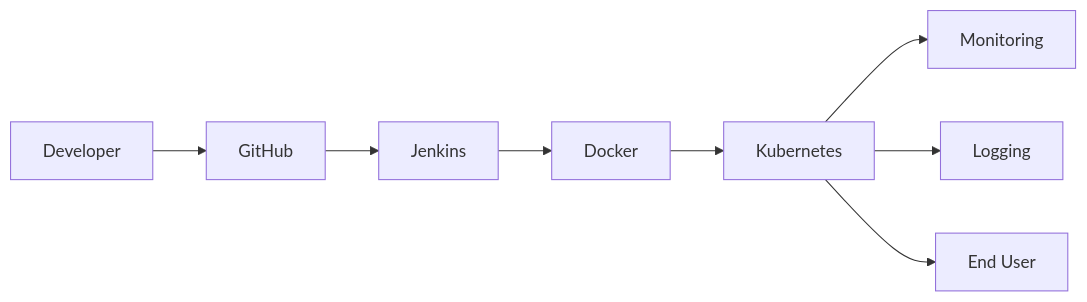
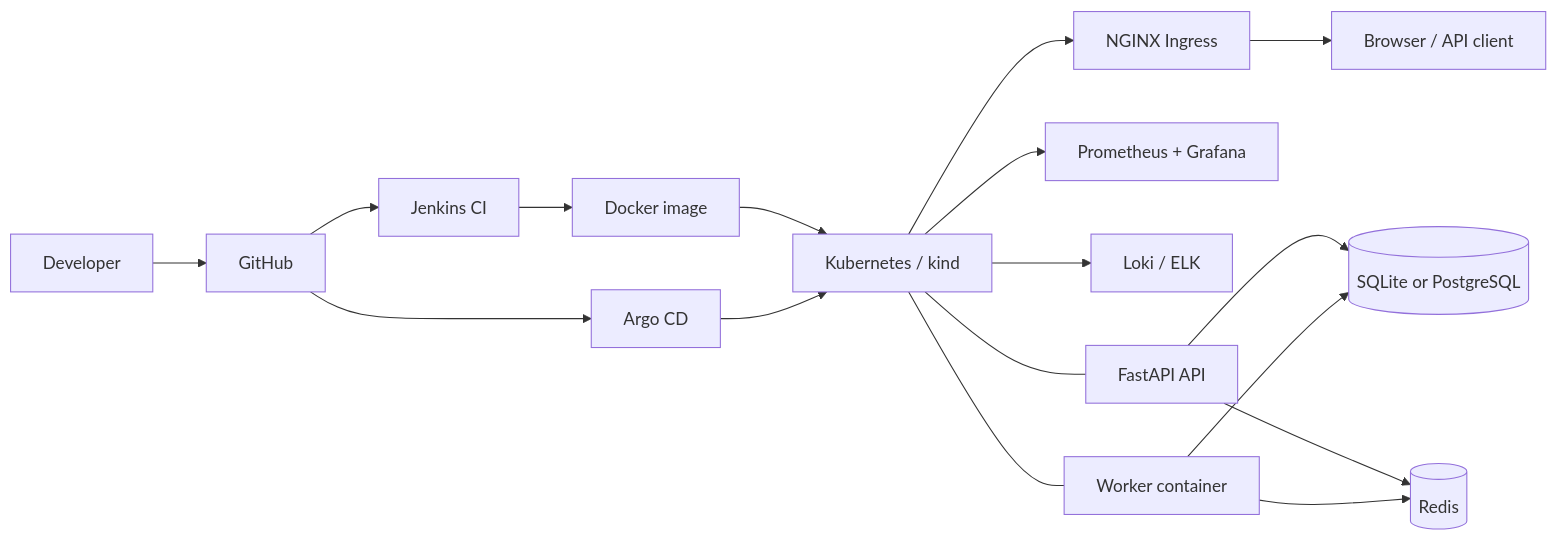
One commit to pyrosensei/Capstone_Devops changed the diagram in README.md. Above: the diagram before and after it, drawn with Mermaid. The commit also changed other lines of this file and 10 other files, not shown here.

````diff
--- a/README.md
+++ b/README.md
@@ -7,10 +28,19 @@
 ```mermaid
 flowchart LR
-  Developer --> GitHub
-  GitHub --> Jenkins
-  Jenkins --> Docker
-  Docker --> K8s[Kubernetes]
-  K8s --> Monitoring
-  K8s --> Logging
-  K8s --> EndUser[End User]
+  Dev[Developer] --> Git[GitHub]
+  Git --> Jenkins[Jenkins CI]
+  Jenkins --> Image[Docker image]
+  Image --> K8s[Kubernetes / kind]
+  K8s --> Ingress[NGINX Ingress]
+  Ingress --> User[Browser / API client]
+  K8s --> Prom[Prometheus + Grafana]
+  K8s --> Logs[Loki / ELK]
+  Git --> Argo[Argo CD]
+  Argo --> K8s
+  API[FastAPI API] --> DB[(SQLite or PostgreSQL)]
+  Worker[Worker container] --> DB
+  API --> Redis[(Redis)]
+  Worker --> Redis
+  K8s --- API
+  K8s --- Worker
 ```
````
